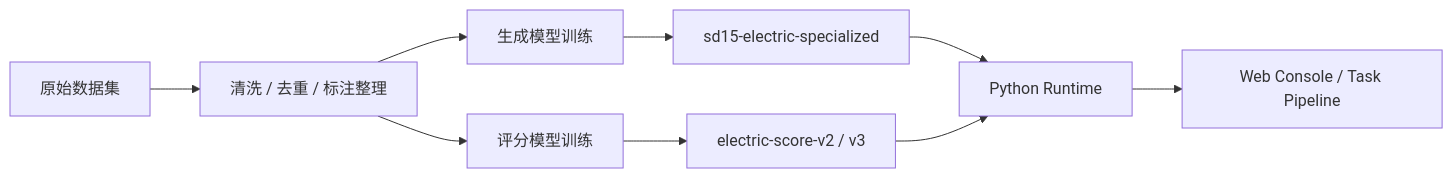
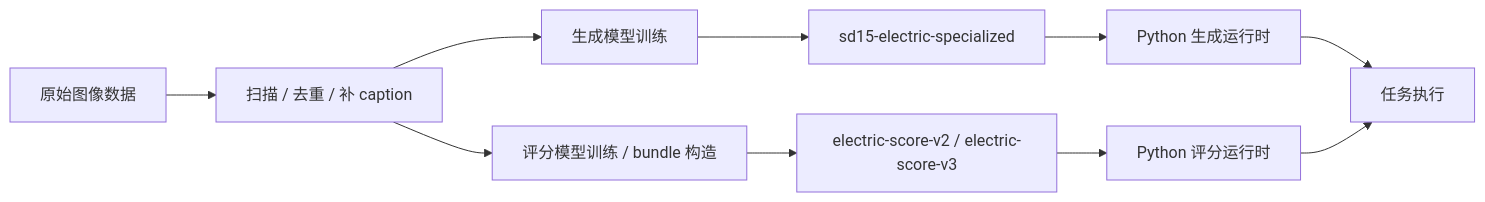
The first of 10 diagrams in docs/model-training-and-usage.md (hrzt66/electric-ai-platform), drawn with Mermaid before and after one commit. The commit also changed other lines of this file, not shown here.

````diff
--- a/docs/model-training-and-usage.md
+++ b/docs/model-training-and-usage.md
@@ -15,11 +23,12 @@
 ```mermaid
 flowchart LR
-    A["原始数据集"] --> B["清洗 / 去重 / 标注整理"]
+    A["原始图像数据"] --> B["扫描 / 去重 / 补 caption"]
     B --> C1["生成模型训练"]
-    B --> C2["评分模型训练"]
+    B --> C2["评分模型训练 / bundle 构造"]
     C1 --> D1["sd15-electric-specialized"]
-    C2 --> D2["electric-score-v2 / v3"]
-    D1 --> E["Python Runtime"]
-    D2 --> E
-    E --> F["Web Console / Task Pipeline"]
+    C2 --> D2["electric-score-v2 / electric-score-v3"]
+    D1 --> E["Python 生成运行时"]
+    D2 --> F["Python 评分运行时"]
+    E --> G["任务执行"]
+    F --> G
 ```
````
